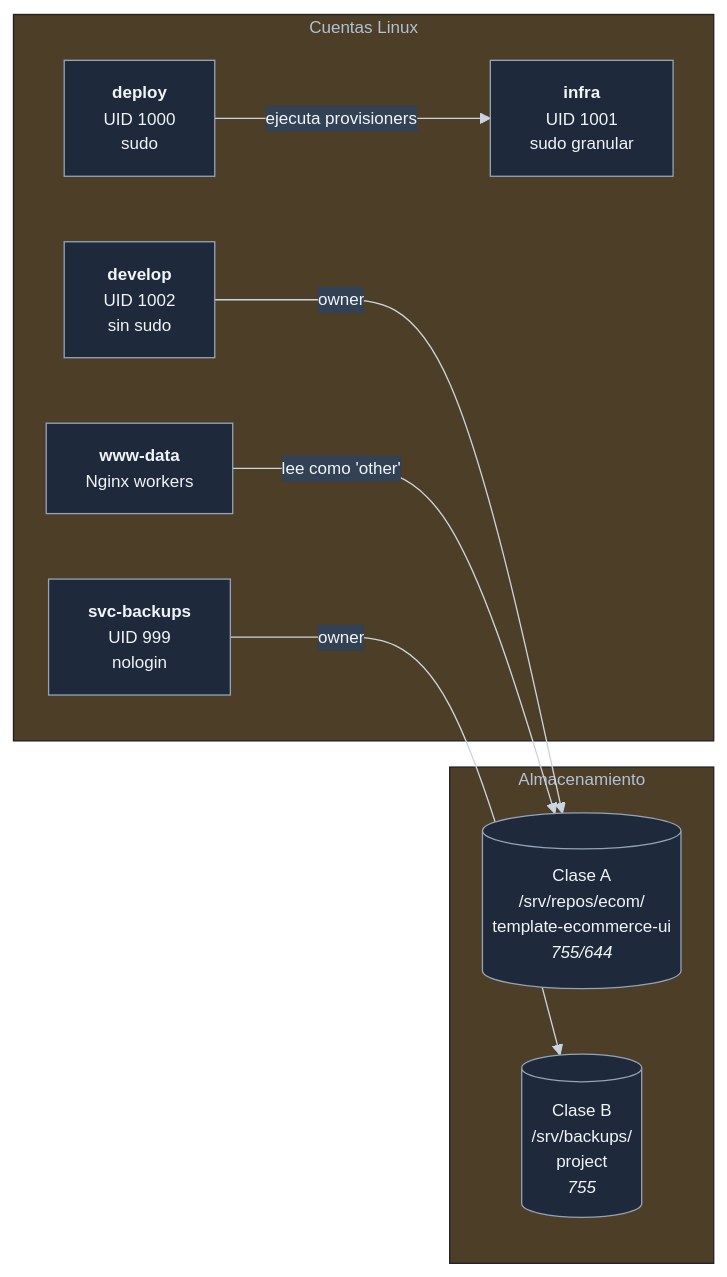
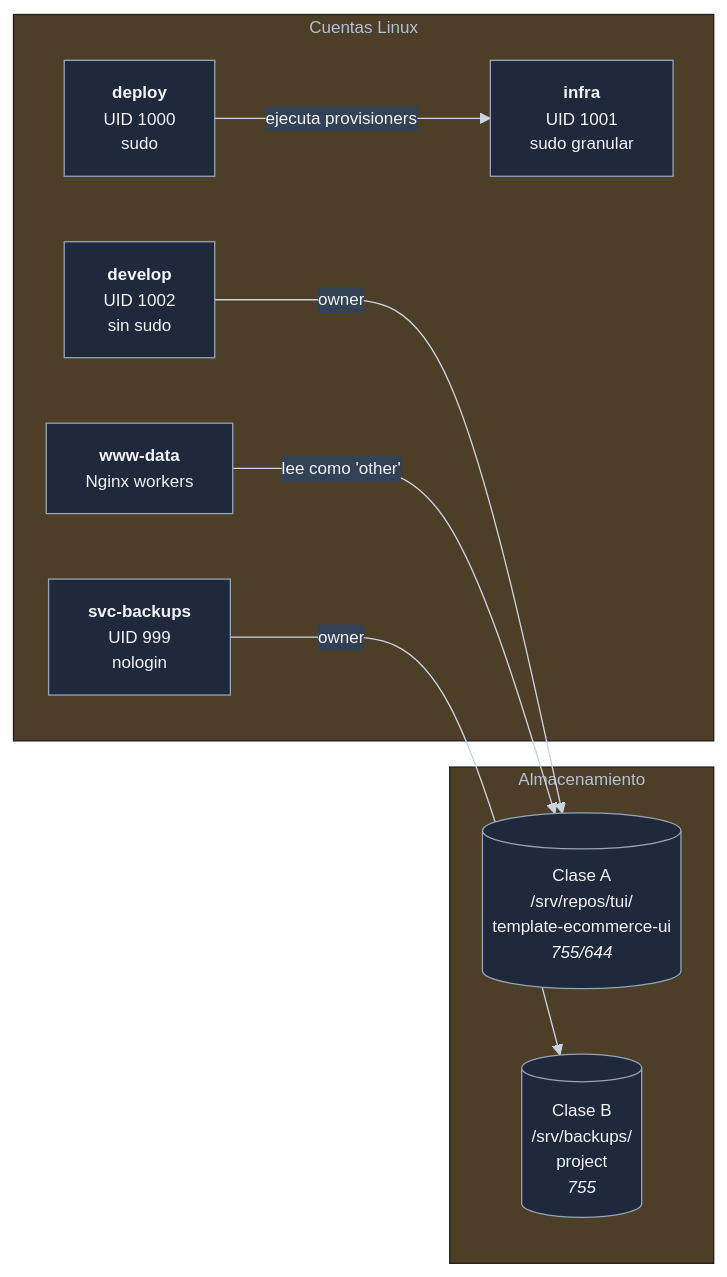
Before and after one commit to jcg-admin/template-ecommerce-server: the second of 5 diagrams in docs/arquitectura.md, drawn with Mermaid. The commit also changed other lines of this file and 4 other files, not shown here.

First line of the commit message:
Fix /srv/repos/ecom/ paths in docs/

````diff
--- a/docs/arquitectura.md
+++ b/docs/arquitectura.md
@@ -113,29 +113,29 @@
 ```mermaid
 %%{init: {'theme':'base', 'themeVariables': {
   'background': '#0f172a',
   'primaryColor': '#1e293b',
   'primaryTextColor': '#f1f5f9',
   'primaryBorderColor': '#94a3b8',
   'lineColor': '#cbd5e1',
   'secondaryColor': '#334155',
   'fontSize': '13px'
 }}}%%
 flowchart LR
     subgraph subgraph_cuentas_linux["Cuentas Linux"]
         cuenta_deploy["<b>deploy</b><br/>UID 1000<br/>sudo"]
         cuenta_infra["<b>infra</b><br/>UID 1001<br/>sudo granular"]
         cuenta_develop["<b>develop</b><br/>UID 1002<br/>sin sudo"]
         cuenta_svc_backups["<b>svc-backups</b><br/>UID 999<br/>nologin"]
         cuenta_www_data["<b>www-data</b><br/>Nginx workers"]
     end
 
     subgraph subgraph_almacenamiento["Almacenamiento"]
-        storage_clase_a_codigo[("Clase A<br/>/srv/repos/ecom/<br/>template-ecommerce-ui<br/><i>755/644</i>")]
+        storage_clase_a_codigo[("Clase A<br/>/srv/repos/tui/<br/>template-ecommerce-ui<br/><i>755/644</i>")]
         storage_clase_b_backups[("Clase B<br/>/srv/backups/<br/>project<br/><i>755</i>")]
     end
 
     cuenta_develop -- "owner" --> storage_clase_a_codigo
     cuenta_svc_backups -- "owner" --> storage_clase_b_backups
     cuenta_www_data -- "lee como 'other'" --> storage_clase_a_codigo
     cuenta_deploy -- "ejecuta provisioners" --> cuenta_infra
 ```
````
